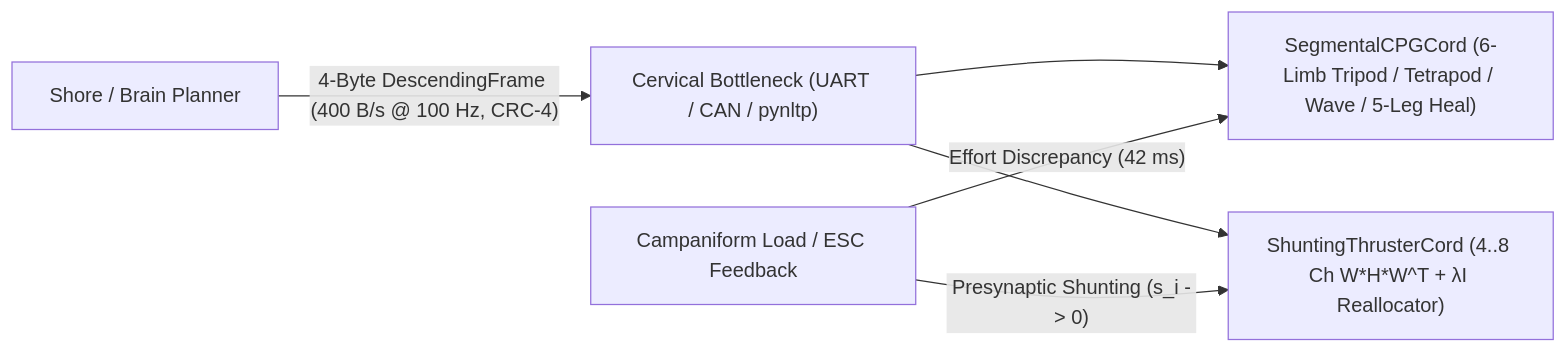
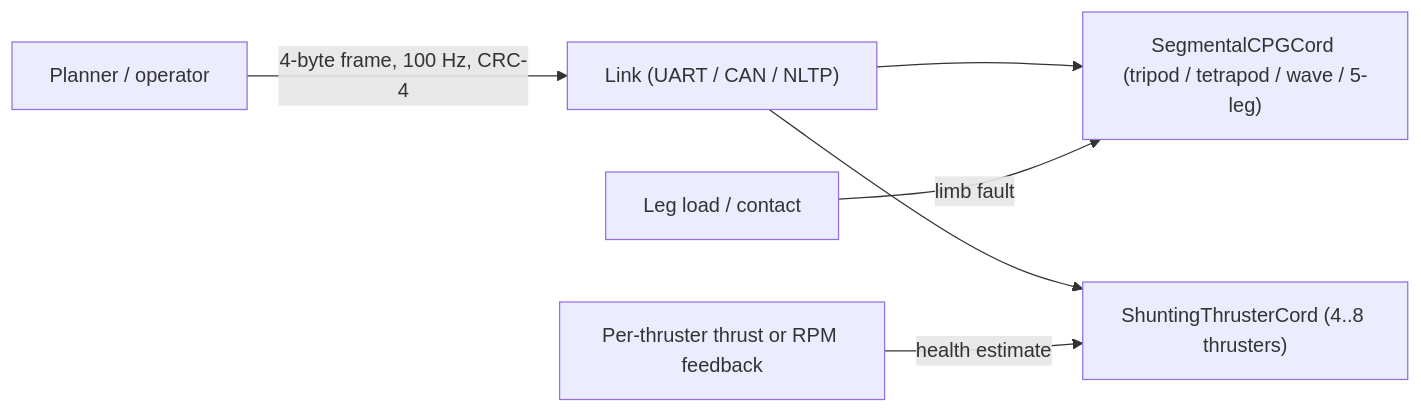
Before and after one commit to indian-aman/necklink: the diagram in packages/neckcord/README.md, drawn with Mermaid. The commit also changed other lines of this file and 12 other files, not shown here.

````diff
--- a/packages/neckcord/README.md
+++ b/packages/neckcord/README.md
@@ -43,8 +38,8 @@
 ```mermaid
 flowchart LR
-    A["Shore / Brain Planner"] -->|"4-Byte DescendingFrame (400 B/s @ 100 Hz, CRC-4)"| B["Cervical Bottleneck (UART / CAN / pynltp)"]
-    B --> C["SegmentalCPGCord (6-Limb Tripod / Tetrapod / Wave / 5-Leg Heal)"]
-    B --> D["ShuntingThrusterCord (4..8 Ch W*H*W^T + λI Reallocator)"]
-    E["Campaniform Load / ESC Feedback"] -->|"Effort Discrepancy (42 ms)"| C
-    E -->|"Presynaptic Shunting (s_i -> 0)"| D
+    A["Planner / operator"] -->|"4-byte frame, 100 Hz, CRC-4"| B["Link (UART / CAN / NLTP)"]
+    B --> C["SegmentalCPGCord (tripod / tetrapod / wave / 5-leg)"]
+    B --> D["ShuntingThrusterCord (4..8 thrusters)"]
+    E["Per-thruster thrust or RPM feedback"] -->|"health estimate"| D
+    F["Leg load / contact"] -->|"limb fault"| C
 ```
````
